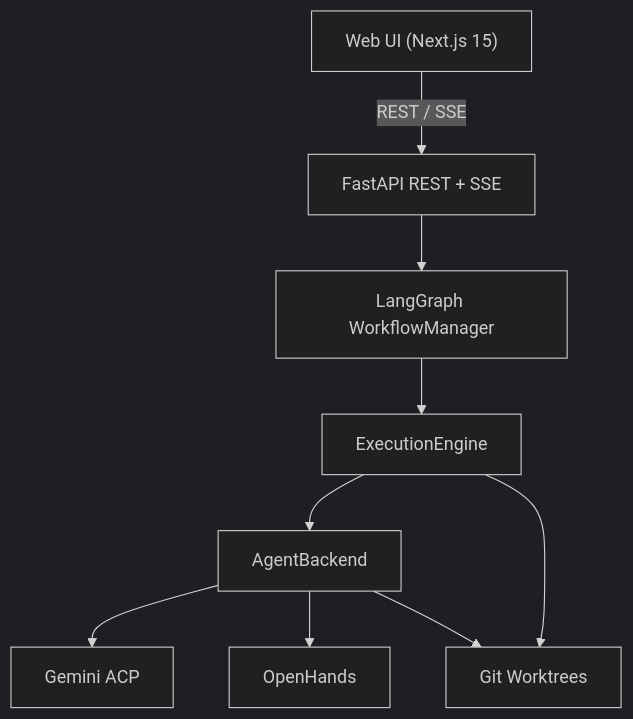
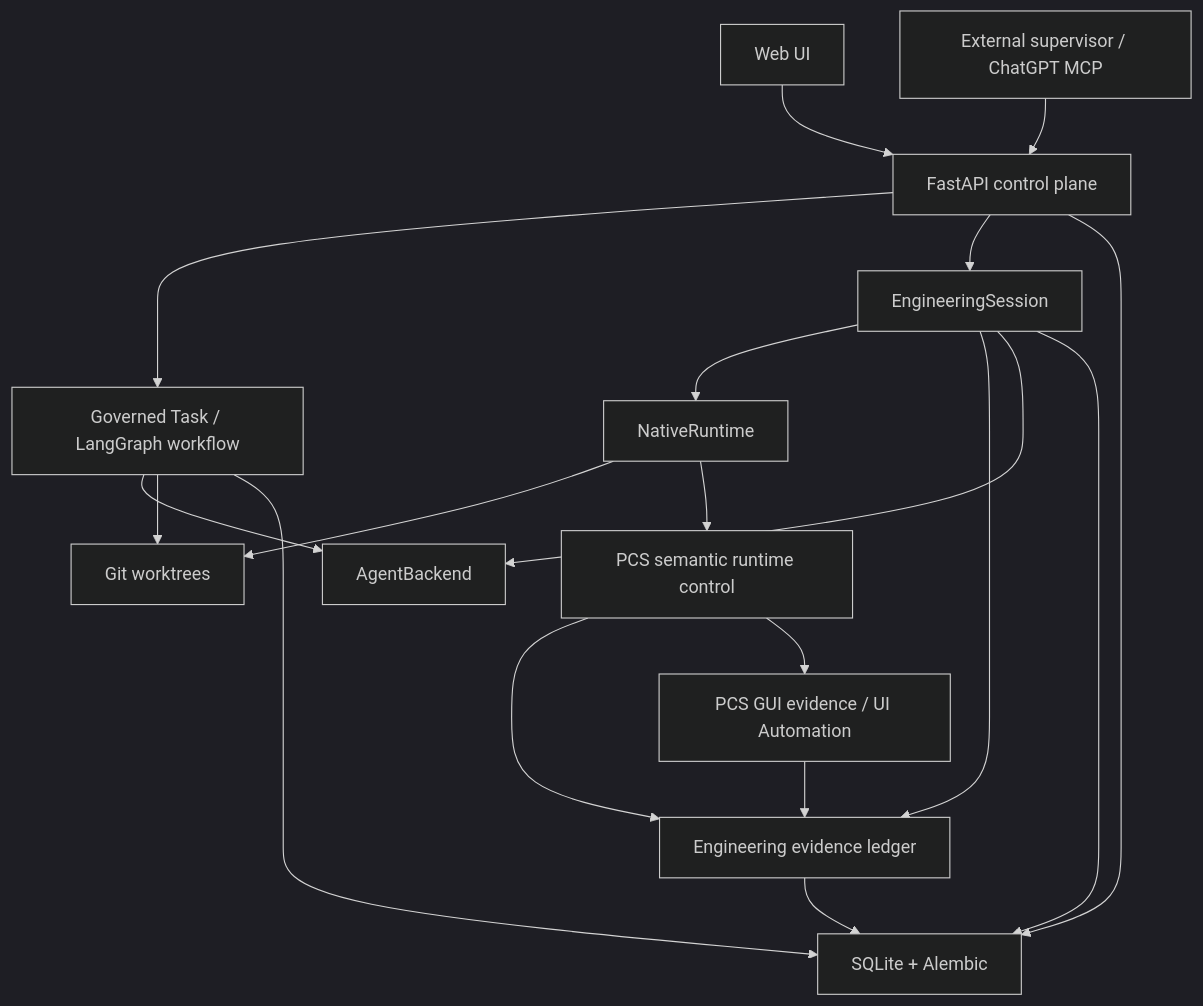
One commit to alifrae/sceneworks changed the diagram in docs/architecture.md. Above: the diagram before and after it, drawn with Mermaid (dark theme). The commit also changed other lines of this file, not shown here.

Commit message:
docs: replace stale architecture with current control-plane model

````diff
--- a/docs/architecture.md
+++ b/docs/architecture.md
@@ -9,20 +9,34 @@
 ```mermaid
 graph TD
-    UI["Web UI (Next.js 15)"]
-    API["FastAPI REST + SSE"]
-    WM["LangGraph WorkflowManager"]
-    EE["ExecutionEngine"]
+    WEB["Web UI"]
+    SUP["External supervisor / ChatGPT MCP"]
+    API["FastAPI control plane"]
+    TASK["Governed Task / LangGraph workflow"]
+    ES["EngineeringSession"]
+    EVID["Engineering evidence ledger"]
+    NR["NativeRuntime"]
     AB["AgentBackend"]
-    GEM["Gemini ACP"]
-    OH["OpenHands"]
-    GIT["Git Worktrees"]
+    PCS["PCS semantic runtime control"]
+    GUI["PCS GUI evidence / UI Automation"]
+    GIT["Git worktrees"]
+    DB["SQLite + Alembic"]
 
-    UI -->|REST / SSE| API
-    API --> WM
-    WM --> EE
-    EE --> AB
-    AB --> GEM
-    AB --> OH
-    AB --> GIT
-    EE --> GIT
+    WEB --> API
+    SUP --> API
+    API --> TASK
+    API --> ES
+    TASK --> AB
+    TASK --> GIT
+    ES --> NR
+    ES --> EVID
+    ES --> AB
+    NR --> GIT
+    NR --> PCS
+    PCS --> EVID
+    PCS --> GUI
+    GUI --> EVID
+    API --> DB
+    TASK --> DB
+    ES --> DB
+    EVID --> DB
 ```
````
